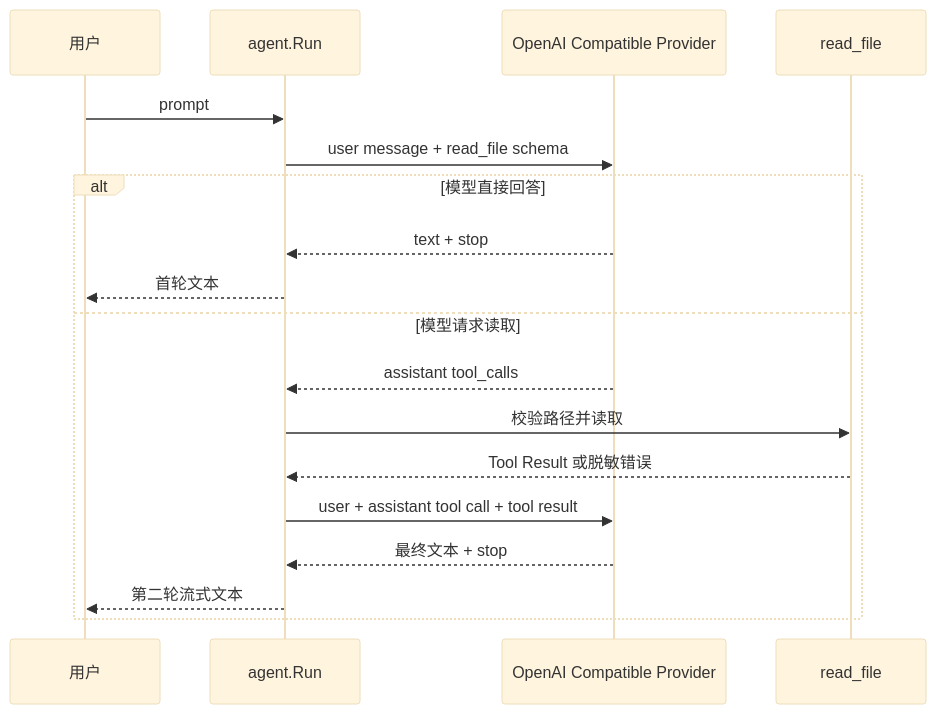
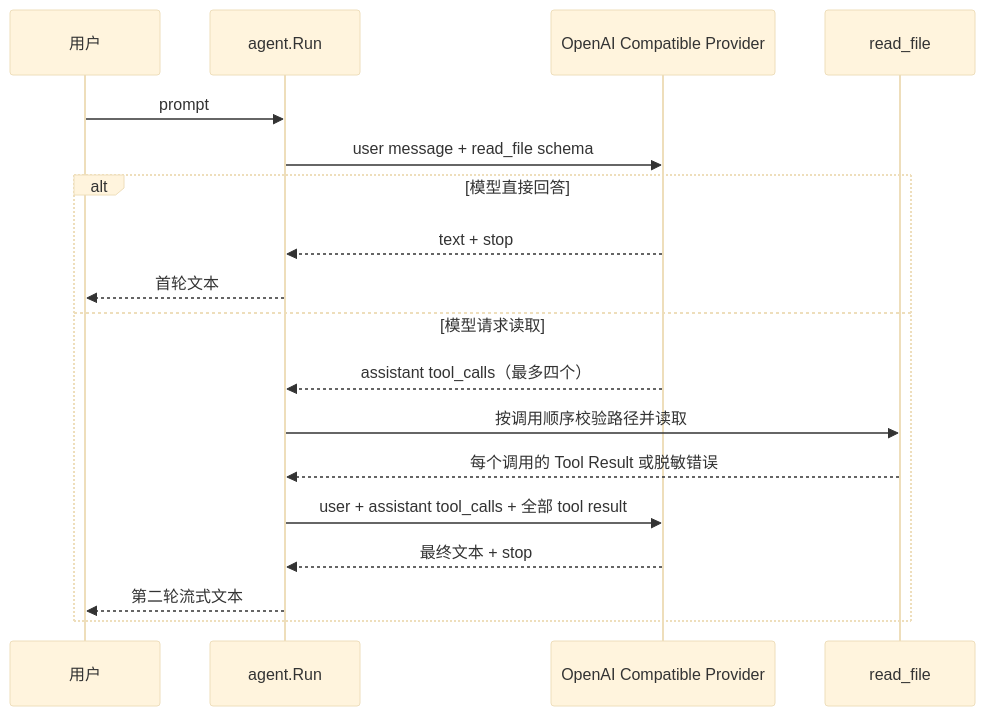
The diagram in doc/m0.2-read-agent.md (IsLand1314/Drift), drawn with Mermaid (base theme) before and after one commit. The commit also changed other lines of this file and 1 other file, not shown here.

```diff
--- a/doc/m0.2-read-agent.md
+++ b/doc/m0.2-read-agent.md
@@ -31,21 +31,21 @@
 ~~~mermaid
 sequenceDiagram
     participant U as 用户
     participant A as agent.Run
     participant P as OpenAI Compatible Provider
     participant R as read_file
 
     U->>A: prompt
     A->>P: user message + read_file schema
     alt 模型直接回答
         P-->>A: text + stop
         A-->>U: 首轮文本
     else 模型请求读取
-        P-->>A: assistant tool_calls
-        A->>R: 校验路径并读取
-        R-->>A: Tool Result 或脱敏错误
-        A->>P: user + assistant tool call + tool result
+        P-->>A: assistant tool_calls（最多四个）
+        A->>R: 按调用顺序校验路径并读取
+        R-->>A: 每个调用的 Tool Result 或脱敏错误
+        A->>P: user + assistant tool_calls + 全部 tool result
         P-->>A: 最终文本 + stop
         A-->>U: 第二轮流式文本
     end
 ~~~
```
